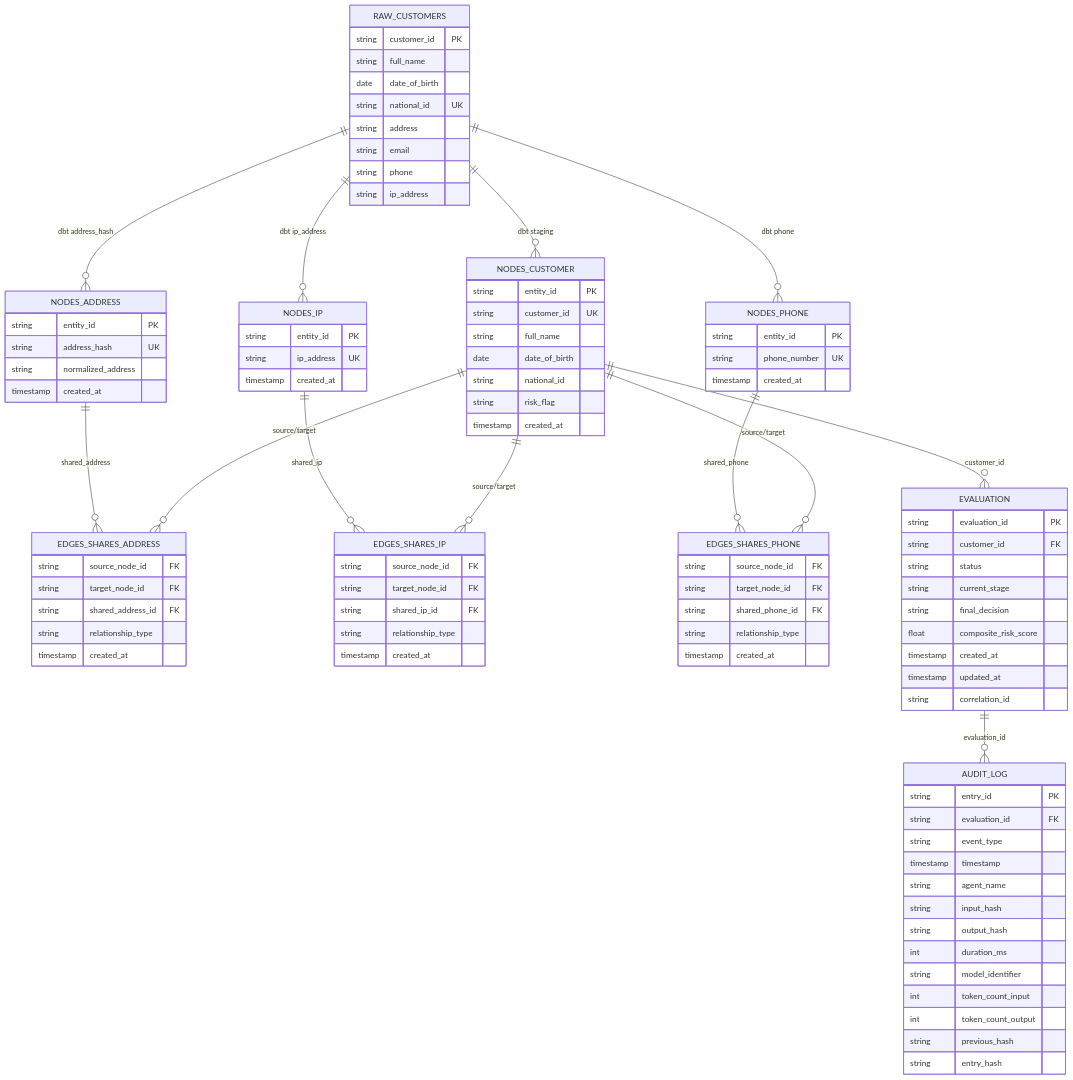
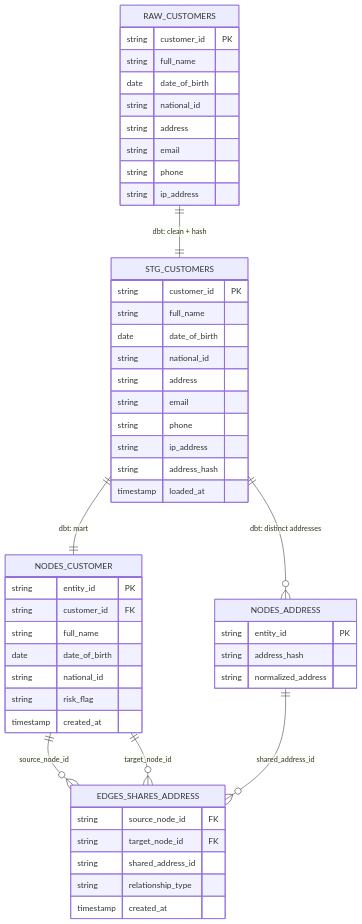
One commit to MaqSaid/dbt-graphrag-kyc-agents changed the third of 5 diagrams in interview_preparation.md. Above: the diagram before and after it, drawn with Mermaid. The commit also changed other lines of this file, not shown here.

````diff
--- a/interview_preparation.md
+++ b/interview_preparation.md
@@ -333,16 +316,29 @@
         string customer_id PK
         string full_name
         date date_of_birth
-        string national_id UK
+        string national_id
         string address
         string email
         string phone
         string ip_address
     }
 
+    STG_CUSTOMERS {
+        string customer_id PK
+        string full_name
+        date date_of_birth
+        string national_id
+        string address
+        string email
+        string phone
+        string ip_address
+        string address_hash
+        timestamp loaded_at
+    }
+
     NODES_CUSTOMER {
         string entity_id PK
-        string customer_id UK
+        string customer_id FK
         string full_name
         date date_of_birth
         string national_id
@@ -352,85 +348,22 @@
 
     NODES_ADDRESS {
         string entity_id PK
-        string address_hash UK
+        string address_hash
         string normalized_address
-        timestamp created_at
-    }
-
-    NODES_IP {
-        string entity_id PK
-        string ip_address UK
-        timestamp created_at
-    }
-
-    NODES_PHONE {
-        string entity_id PK
-        string phone_number UK
-        timestamp created_at
     }
 
     EDGES_SHARES_ADDRESS {
         string source_node_id FK
         string target_node_id FK
-        string shared_address_id FK
+        string shared_address_id
         string relationship_type
         timestamp created_at
     }
 
-    EDGES_SHARES_IP {
-        string source_node_id FK
-        string target_node_id FK
-        string shared_ip_id FK
-        string relationship_type
-        timestamp created_at
-    }
-
-    EDGES_SHARES_PHONE {
-        string source_node_id FK
-        string target_node_id FK
-        string shared_phone_id FK
-        string relationship_type
-        timestamp created_at
-    }
-
-    AUDIT_LOG {
-        string entry_id PK
-        string evaluation_id FK
-        string event_type
-        timestamp timestamp
-        string agent_name
-        string input_hash
-        string output_hash
-        int duration_ms
-        string model_identifier
-        int token_count_input
-        int token_count_output
-        string previous_hash
-        string entry_hash
-    }
-
-    EVALUATION {
-        string evaluation_id PK
-        string customer_id FK
-        string status
-        string current_stage
-        string final_decision
-        float composite_risk_score
-        timestamp created_at
-        timestamp updated_at
-        string correlation_id
-    }
-
-    RAW_CUSTOMERS ||--o{ NODES_CUSTOMER : "dbt staging"
-    RAW_CUSTOMERS ||--o{ NODES_ADDRESS : "dbt address_hash"
-    RAW_CUSTOMERS ||--o{ NODES_IP : "dbt ip_address"
-    RAW_CUSTOMERS ||--o{ NODES_PHONE : "dbt phone"
-    NODES_CUSTOMER ||--o{ EDGES_SHARES_ADDRESS : "source/target"
-    NODES_CUSTOMER ||--o{ EDGES_SHARES_IP : "source/target"
-    NODES_CUSTOMER ||--o{ EDGES_SHARES_PHONE : "source/target"
-    NODES_ADDRESS ||--o{ EDGES_SHARES_ADDRESS : "shared_address"
-    NODES_IP ||--o{ EDGES_SHARES_IP : "shared_ip"
-    NODES_PHONE ||--o{ EDGES_SHARES_PHONE : "shared_phone"
-    EVALUATION ||--o{ AUDIT_LOG : "evaluation_id"
-    NODES_CUSTOMER ||--o{ EVALUATION : "customer_id"
+    RAW_CUSTOMERS ||--|| STG_CUSTOMERS : "dbt: clean + hash"
+    STG_CUSTOMERS ||--|| NODES_CUSTOMER : "dbt: mart"
+    STG_CUSTOMERS ||--o{ NODES_ADDRESS : "dbt: distinct addresses"
+    NODES_CUSTOMER ||--o{ EDGES_SHARES_ADDRESS : "source_node_id"
+    NODES_CUSTOMER ||--o{ EDGES_SHARES_ADDRESS : "target_node_id"
+    NODES_ADDRESS ||--o{ EDGES_SHARES_ADDRESS : "shared_address_id"
 ```
````
